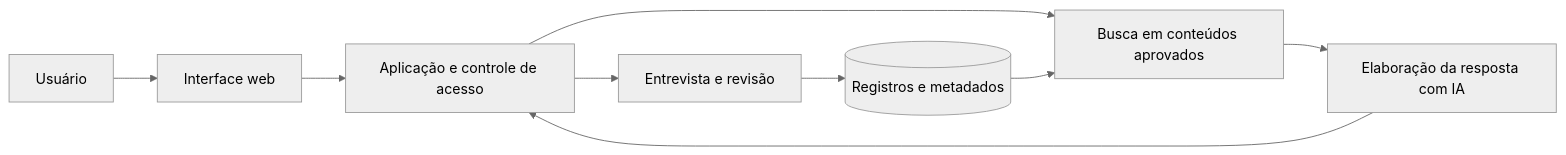
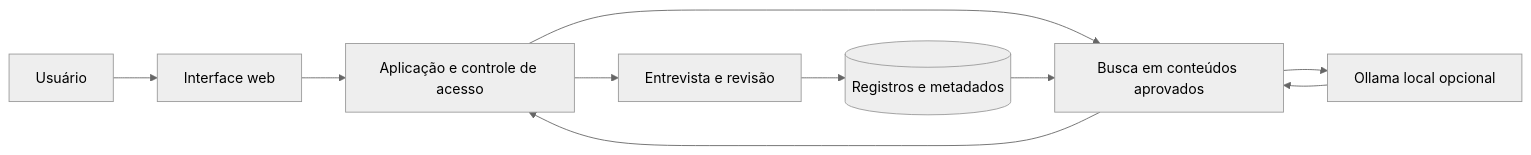
The second of 2 diagrams in README.md (vinni-lacerda/AV3-chatbot-academico), drawn with Mermaid (neutral theme) before and after one commit. The commit also changed other lines of this file and 39 other files, not shown here.

````diff
--- a/README.md
+++ b/README.md
@@ -149,11 +149,12 @@
 ```mermaid
 flowchart LR
     U[Usuário] --> UI[Interface web]
     UI --> API[Aplicação e controle de acesso]
     API --> ENT[Entrevista e revisão]
     ENT --> DB[(Registros e metadados)]
     API --> BUS[Busca em conteúdos aprovados]
     DB --> BUS
-    BUS --> IA[Elaboração da resposta com IA]
-    IA --> API
+    BUS --> API
+    BUS --> IA[Ollama local opcional]
+    IA --> BUS
 ```
````
